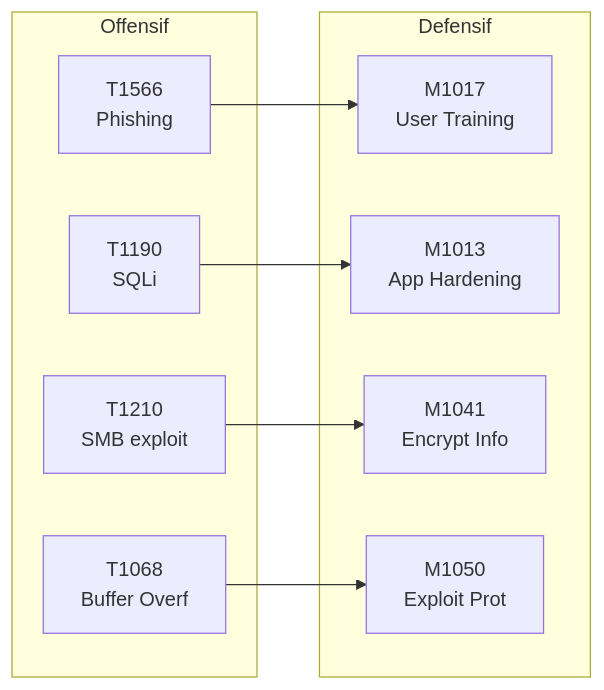
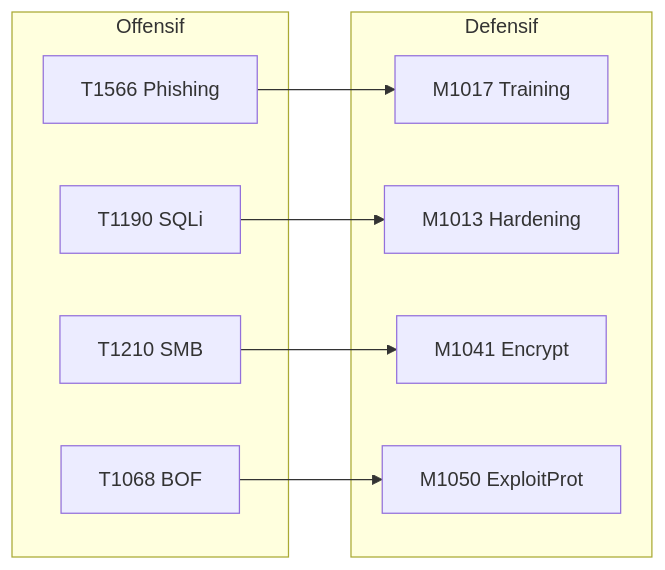
Before and after one commit to yugmerabtene/techniques-de-hacking-niveau-1: the first of 2 diagrams in JOUR-04.md, drawn with Mermaid. The commit also changed other lines of this file and 8 other files, not shown here.

````diff
--- a/JOUR-04.md
+++ b/JOUR-04.md
@@ -29,19 +31,10 @@
 ```mermaid
 flowchart LR
-    subgraph OFFENSIF["Offensif"]
-        T1566["T1566<br/>Phishing"]
-        T1190["T1190<br/>SQLi"]
-        T1210["T1210<br/>SMB exploit"]
-        T1068["T1068<br/>Buffer Overf"]
+    subgraph OFF["Offensif"]
+        T1566["T1566 Phishing"] ; T1190["T1190 SQLi"] ; T1210["T1210 SMB"] ; T1068["T1068 BOF"]
     end
-    subgraph DEFENSIF["Defensif"]
-        M1017["M1017<br/>User Training"]
-        M1013["M1013<br/>App Hardening"]
-        M1041["M1041<br/>Encrypt Info"]
-        M1050["M1050<br/>Exploit Prot"]
+    subgraph DEF["Defensif"]
+        M1017["M1017 Training"] ; M1013["M1013 Hardening"] ; M1041["M1041 Encrypt"] ; M1050["M1050 ExploitProt"]
     end
-    T1566 --> M1017
-    T1190 --> M1013
-    T1210 --> M1041
-    T1068 --> M1050
+    T1566 --> M1017 ; T1190 --> M1013 ; T1210 --> M1041 ; T1068 --> M1050
 ```
````
